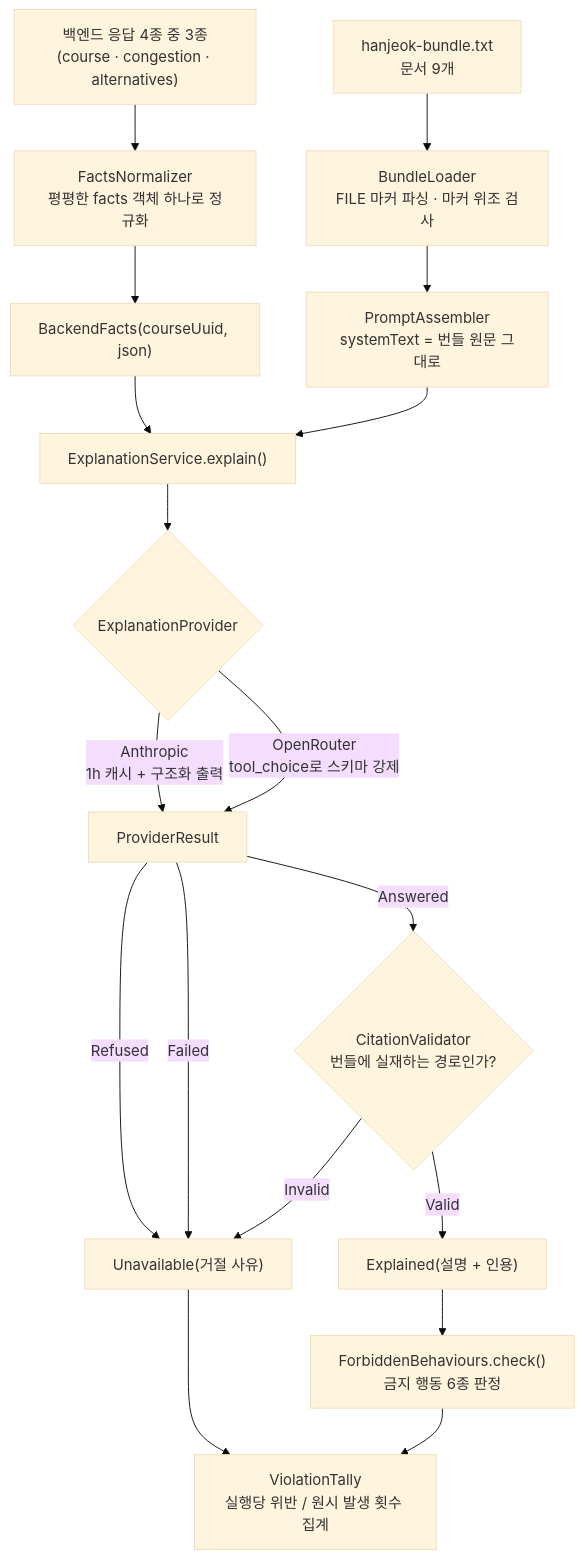
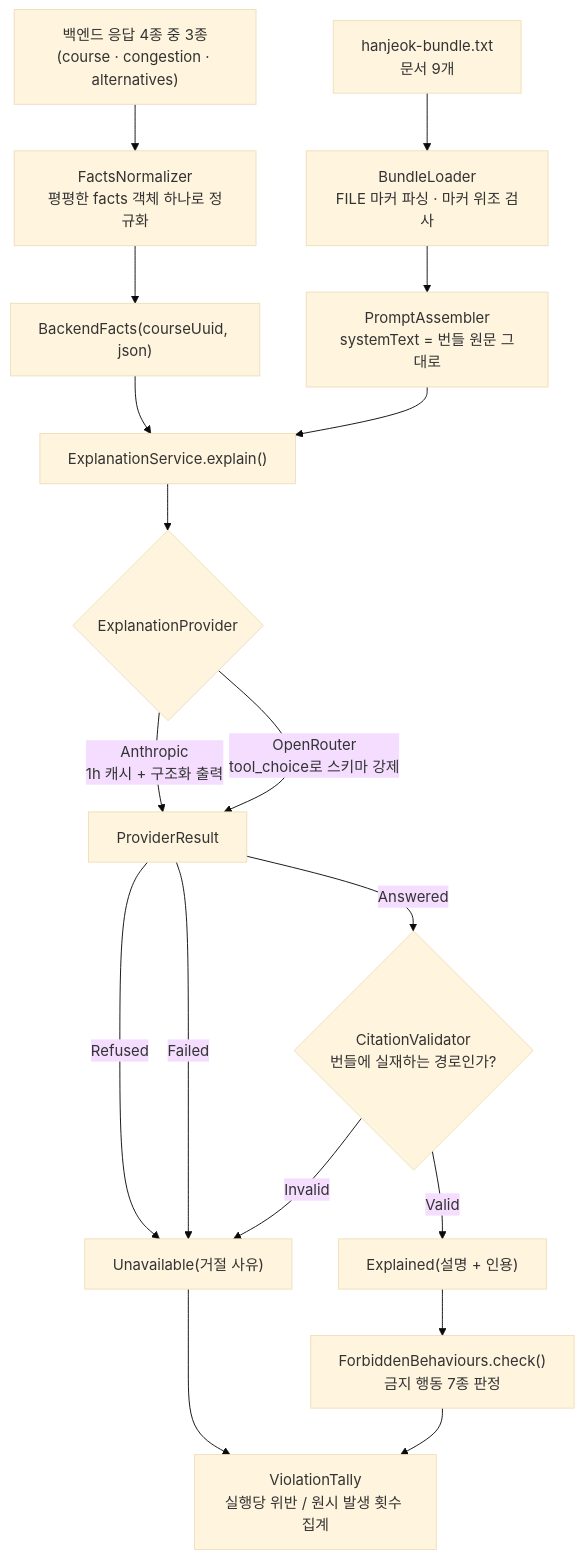
The diagram in README.md (hyunolike/hermes-agent), drawn with Mermaid (base theme) before and after one commit. The commit also changed other lines of this file and 10 other files, not shown here.

````diff
--- a/README.md
+++ b/README.md
@@ -66,26 +66,26 @@
 ```mermaid
 flowchart TD
     A["백엔드 응답 4종 중 3종<br/>(course · congestion · alternatives)"] --> B["FactsNormalizer<br/>평평한 facts 객체 하나로 정규화"]
     B --> C["BackendFacts(courseUuid, json)"]
 
     D["hanjeok-bundle.txt<br/>문서 9개"] --> E["BundleLoader<br/>FILE 마커 파싱 · 마커 위조 검사"]
     E --> F["PromptAssembler<br/>systemText = 번들 원문 그대로"]
 
     C --> G["ExplanationService.explain()"]
     F --> G
 
     G --> H{"ExplanationProvider"}
     H -->|"Anthropic<br/>1h 캐시 + 구조화 출력"| I["ProviderResult"]
     H -->|"OpenRouter<br/>tool_choice로 스키마 강제"| I
 
     I -->|Refused| X["Unavailable(거절 사유)"]
     I -->|Failed| X
     I -->|Answered| J{"CitationValidator<br/>번들에 실재하는 경로인가?"}
 
     J -->|Invalid| X
     J -->|Valid| K["Explained(설명 + 인용)"]
 
-    K --> L["ForbiddenBehaviours.check()<br/>금지 행동 6종 판정"]
+    K --> L["ForbiddenBehaviours.check()<br/>금지 행동 7종 판정"]
     X --> M["ViolationTally<br/>실행당 위반 / 원시 발생 횟수 집계"]
     L --> M
 ```
````
